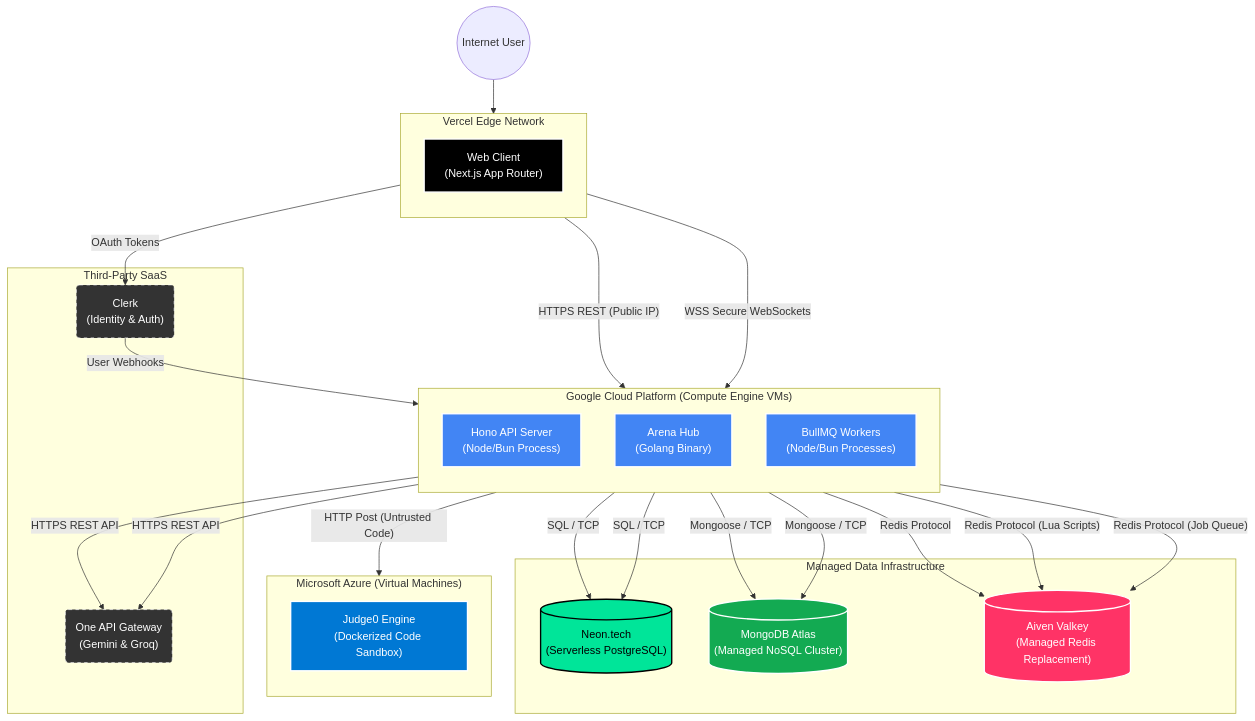
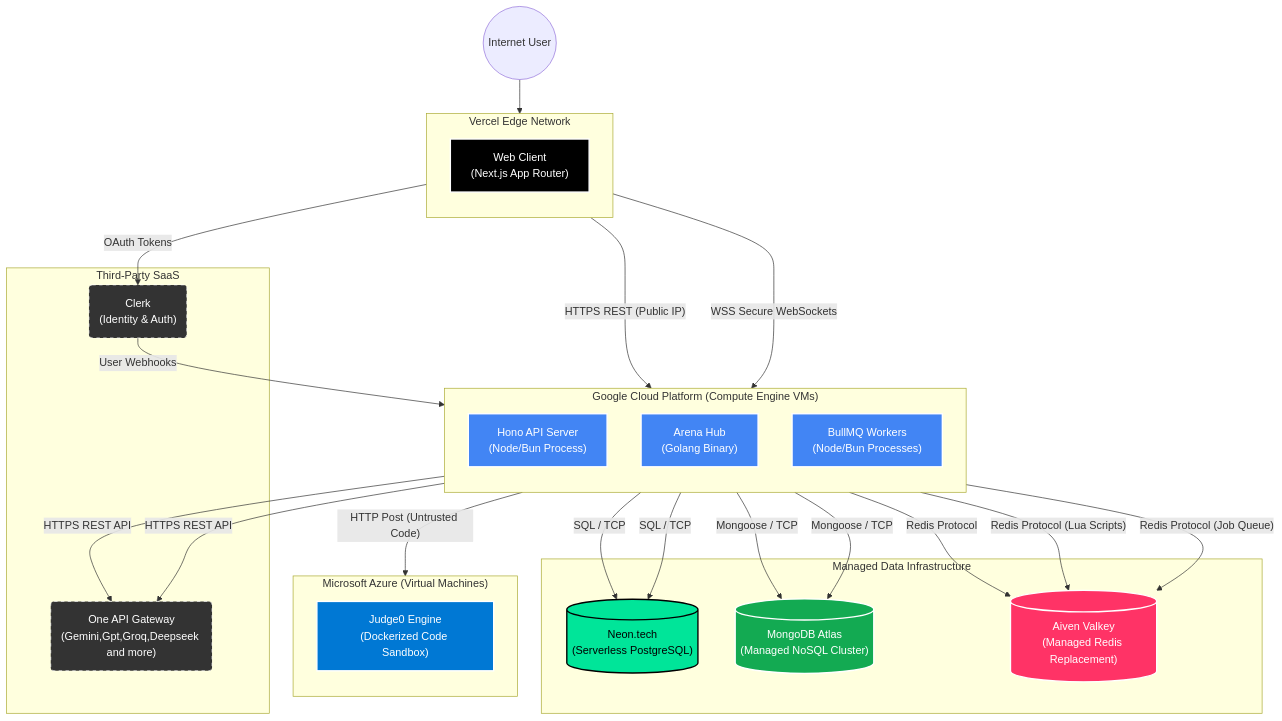
One commit to phero20/coding_arena changed the diagram in deployment_diagram.md. Above: the diagram before and after it, drawn with Mermaid. The commit also changed other lines of this file and 45 other files, not shown here.

```diff
--- a/deployment_diagram.md
+++ b/deployment_diagram.md
@@ -54,7 +54,7 @@
     %% --------------------------------
     subgraph SaaS ["Third-Party SaaS"]
         Clerk("Clerk\n(Identity & Auth)"):::saas
-        OneAPIGateway("One API Gateway\n(Gemini & Groq)"):::saas
+        OneAPIGateway("One API Gateway\n(Gemini,Gpt,Groq,Deepseek and more)"):::saas
     end
 
     %% ==========================================
```
